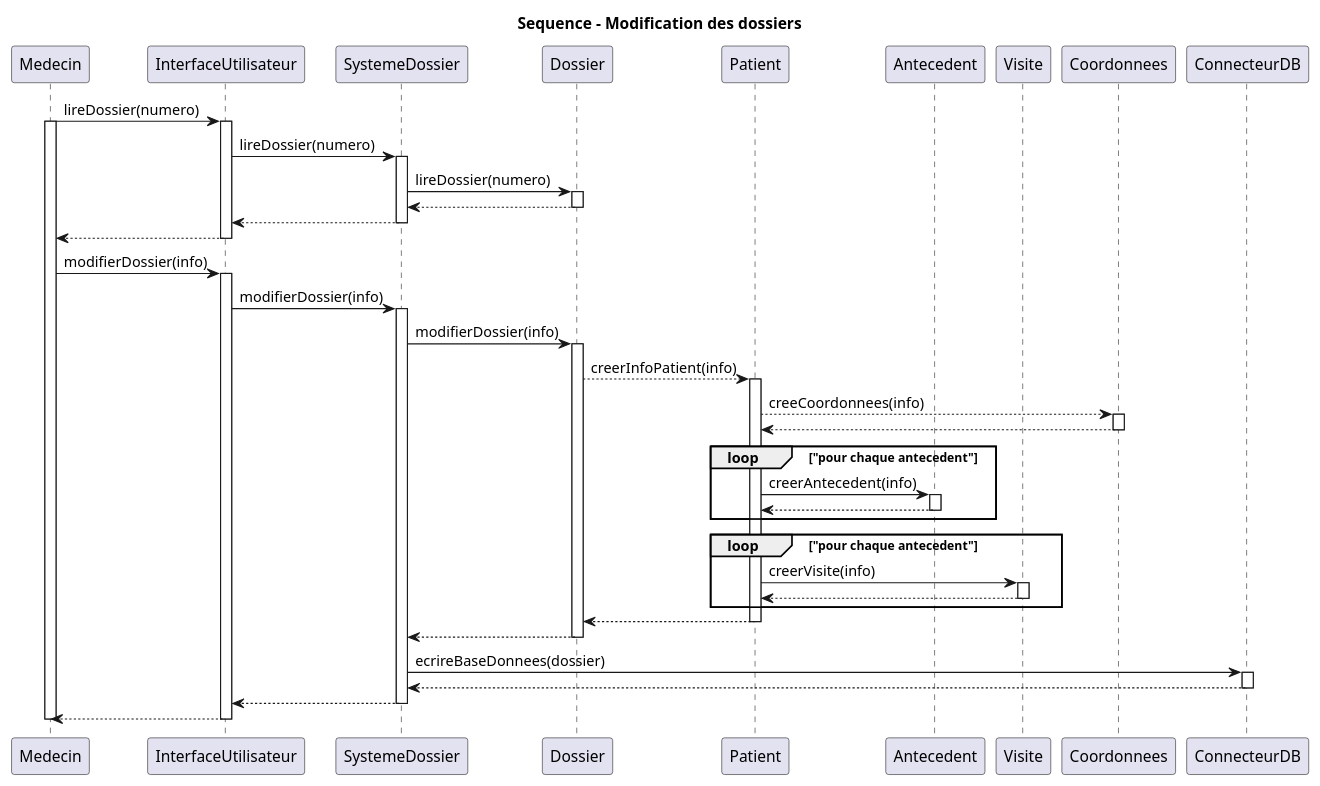
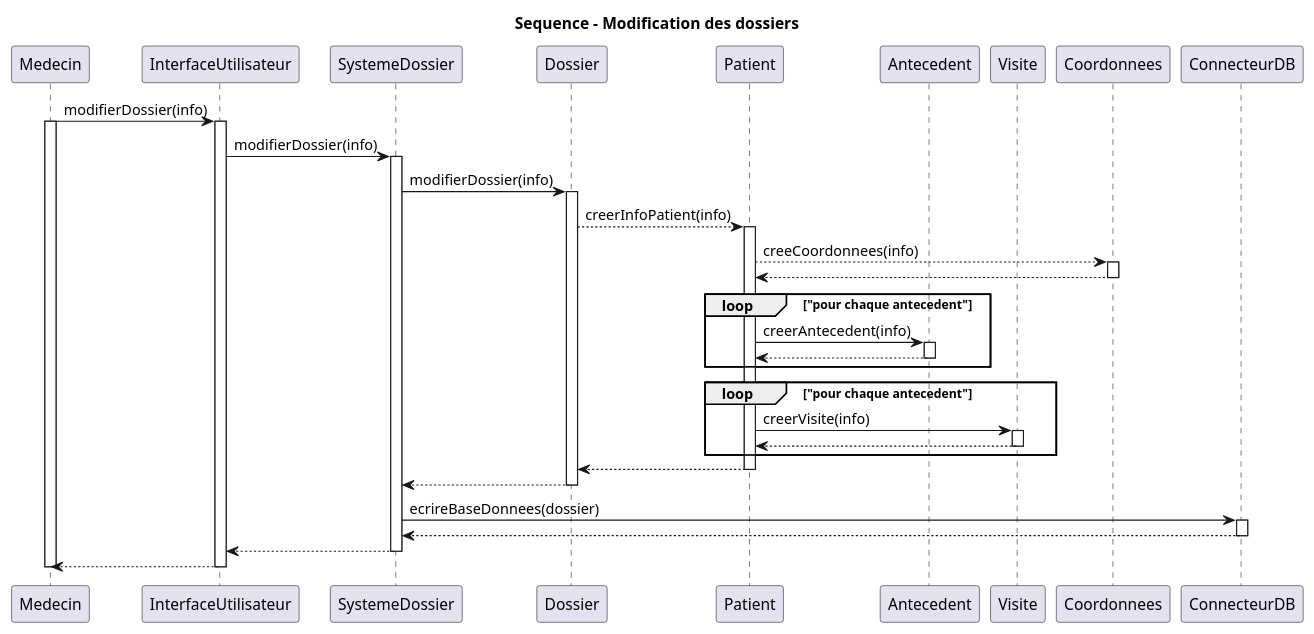
The diagram in sequenceModificationDossier.puml (vbrayuqam/projet-genielog), drawn with PlantUML before and after one commit. The commit also changed 1 other file, not shown here.

```diff
--- a/sequenceModificationDossier.puml
+++ b/sequenceModificationDossier.puml
@@ -1,70 +1,58 @@
 @startuml sequenceModificationPatient
 
 title Sequence - Modification des dossiers
 
 participant Medecin as M
 participant InterfaceUtilisateur as U
 participant SystemeDossier as S
 participant Dossier as D
 participant Patient as P
 participant Antecedent as A
 participant Visite as V
 participant Coordonnees as C
 participant ConnecteurDB as DB
 
 
-M -> U: lireDossier(numero)
+M -> U: modifierDossier(info)
 activate M
-activate U
-U -> S: lireDossier(numero)
-activate S
-S -> D: lireDossier(numero)
-activate D
-D --> S
-deactivate D
-S --> U
-deactivate S
-U --> M
-deactivate U
-M -> U: modifierDossier(info)
 activate U
 U -> S: modifierDossier(info)
 activate S
 S -> D: modifierDossier(info)
 activate D
 D --> P: creerInfoPatient(info)
 activate P
 P --> C: creeCoordonnees(info)
 activate C
 C --> P
 deactivate C
 
 loop "pour chaque antecedent"
   P -> A: creerAntecedent(info)
   activate A
   A --> P
   deactivate A
 end loop
 
 loop "pour chaque antecedent"
   P -> V: creerVisite(info)
   activate V
   V --> P
   deactivate V
 end loop
 
 P --> D
 deactivate P
 D --> S
 deactivate D
 S -> DB: ecrireBaseDonnees(dossier)
 activate DB
 DB --> S
 deactivate DB
 S --> U
 deactivate S
 U --> M
 deactivate U
 deactivate M
 
 @enduml
```
